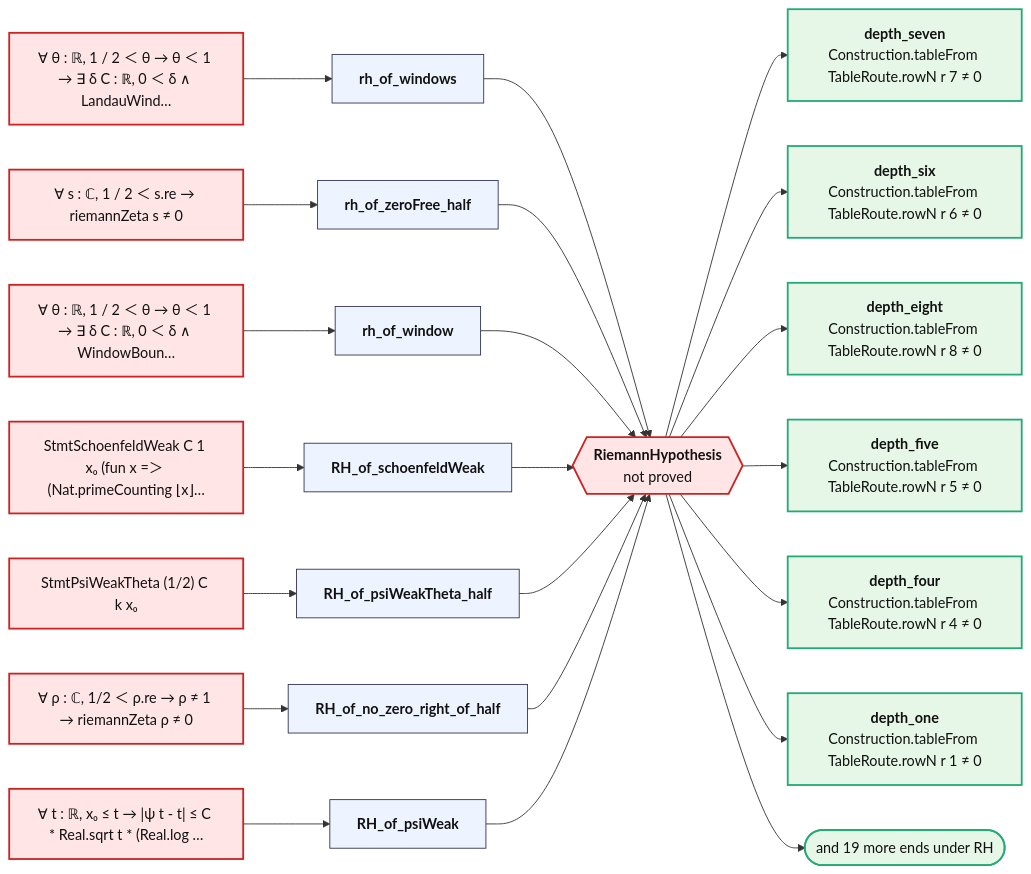
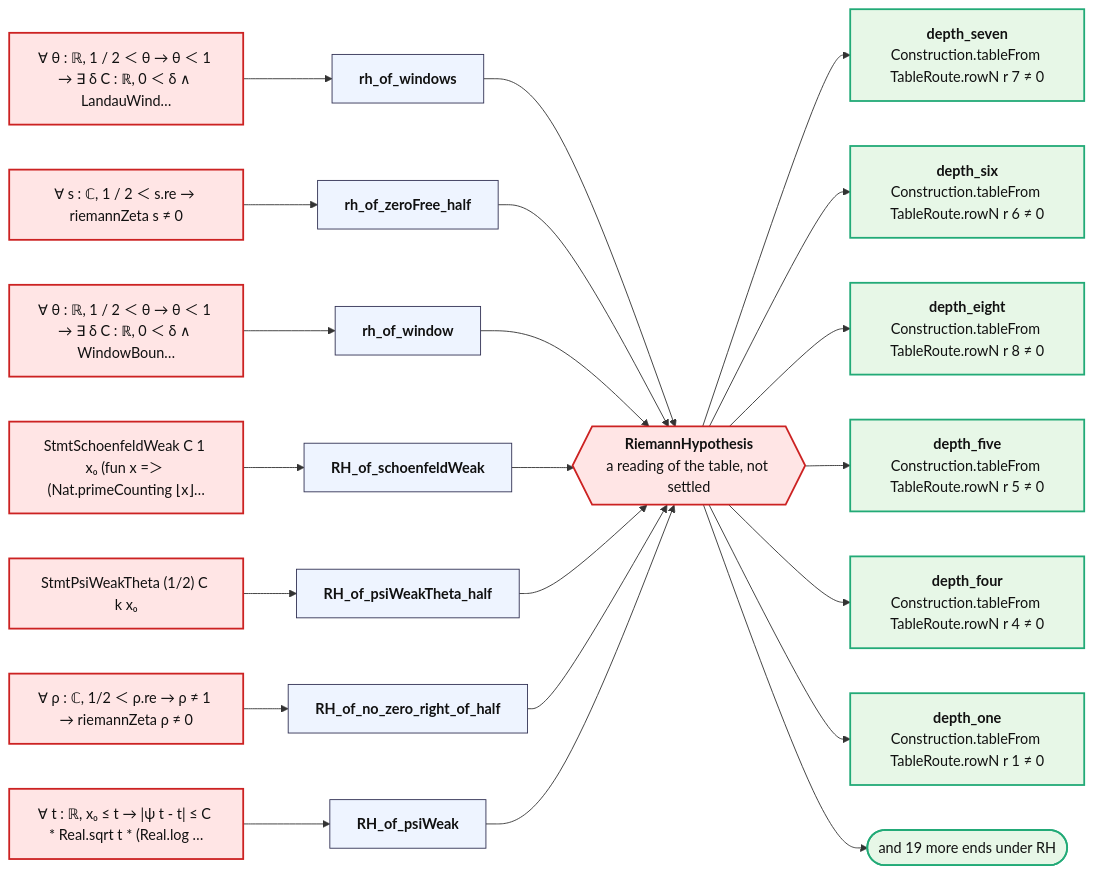
The diagram in map/ROAD.mmd (juliansambranojr/Primebeat_081426), drawn with Mermaid before and after one commit. The commit also changed 4 other files, not shown here.

First line of the commit message:
SECTIONS.md, map: the table is the source and the Riemann hypothesis is a reading of it; the order written into One object and the road page

```diff
--- a/map/ROAD.mmd
+++ b/map/ROAD.mmd
@@ -1,42 +1,42 @@
 flowchart LR
-  rh{{"<b>RiemannHypothesis</b><br/>not proved"}}:::bad
+  rh{{"<b>RiemannHypothesis</b><br/>a reading of the table, not settled"}}:::bad
   p0["∀ θ : ℝ, 1 / 2 ＜ θ → θ ＜ 1 → ∃ δ C : ℝ, 0 ＜ δ ∧ LandauWind…"]:::bad
   t0["<b>rh_of_windows</b>"]:::thm
   p0 --> t0 --> rh
   p1["∀ s : ℂ, 1 / 2 ＜ s.re → riemannZeta s ≠ 0"]:::bad
   t1["<b>rh_of_zeroFree_half</b>"]:::thm
   p1 --> t1 --> rh
   p2["∀ θ : ℝ, 1 / 2 ＜ θ → θ ＜ 1 → ∃ δ C : ℝ, 0 ＜ δ ∧ WindowBoun…"]:::bad
   t2["<b>rh_of_window</b>"]:::thm
   p2 --> t2 --> rh
   p3["StmtSchoenfeldWeak C 1 x₀ (fun x =＞ (Nat.primeCounting ⌊x⌋…"]:::bad
   t3["<b>RH_of_schoenfeldWeak</b>"]:::thm
   p3 --> t3 --> rh
   p4["StmtPsiWeakTheta (1/2) C k x₀"]:::bad
   t4["<b>RH_of_psiWeakTheta_half</b>"]:::thm
   p4 --> t4 --> rh
   p5["∀ ρ : ℂ, 1/2 ＜ ρ.re → ρ ≠ 1 → riemannZeta ρ ≠ 0"]:::bad
   t5["<b>RH_of_no_zero_right_of_half</b>"]:::thm
   p5 --> t5 --> rh
   p6["∀ t : ℝ, x₀ ≤ t → |ψ t - t| ≤ C * Real.sqrt t * (Real.log …"]:::bad
   t6["<b>RH_of_psiWeak</b>"]:::thm
   p6 --> t6 --> rh
   e0["<b>depth_seven</b><br/>Construction.tableFrom TableRoute.rowN r 7 ≠ 0"]:::end_
   rh --> e0
   e1["<b>depth_six</b><br/>Construction.tableFrom TableRoute.rowN r 6 ≠ 0"]:::end_
   rh --> e1
   e2["<b>depth_eight</b><br/>Construction.tableFrom TableRoute.rowN r 8 ≠ 0"]:::end_
   rh --> e2
   e3["<b>depth_five</b><br/>Construction.tableFrom TableRoute.rowN r 5 ≠ 0"]:::end_
   rh --> e3
   e4["<b>depth_four</b><br/>Construction.tableFrom TableRoute.rowN r 4 ≠ 0"]:::end_
   rh --> e4
   e5["<b>depth_one</b><br/>Construction.tableFrom TableRoute.rowN r 1 ≠ 0"]:::end_
   rh --> e5
   more(["and 19 more ends under RH"]):::end_
   rh --> more
   classDef thm fill:#eef4ff,stroke:#335,color:#111
   classDef end_ fill:#e7f7e7,stroke:#2a7,color:#111,stroke-width:2px
   classDef lone fill:#fff,stroke:#999,color:#111,stroke-dasharray:4 3
   classDef bad fill:#ffe5e5,stroke:#c22,color:#111,stroke-width:2px
   classDef ext fill:#fff8e1,stroke:#b80,color:#111
```
